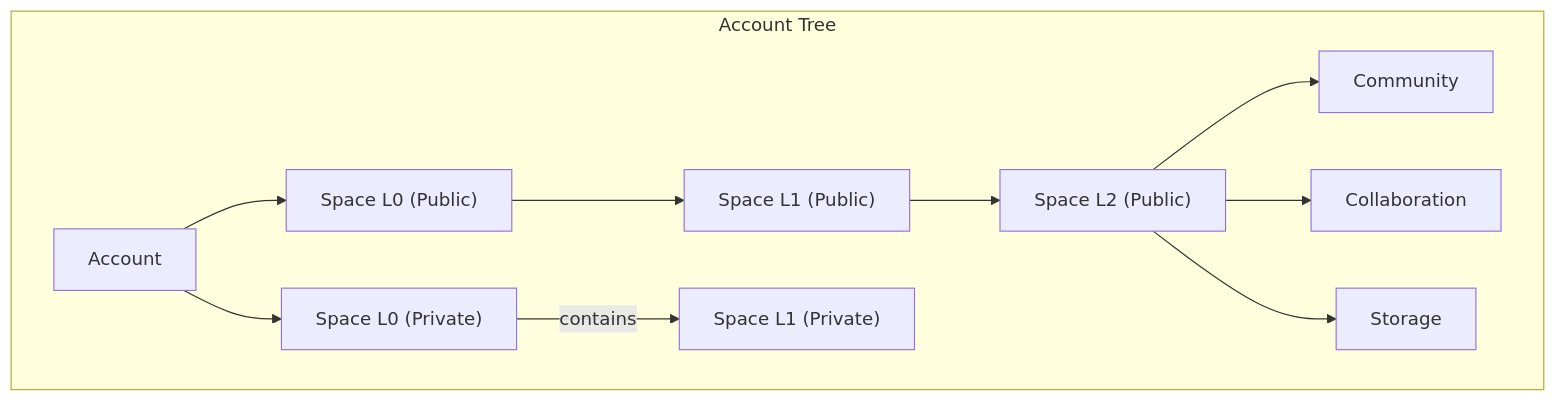
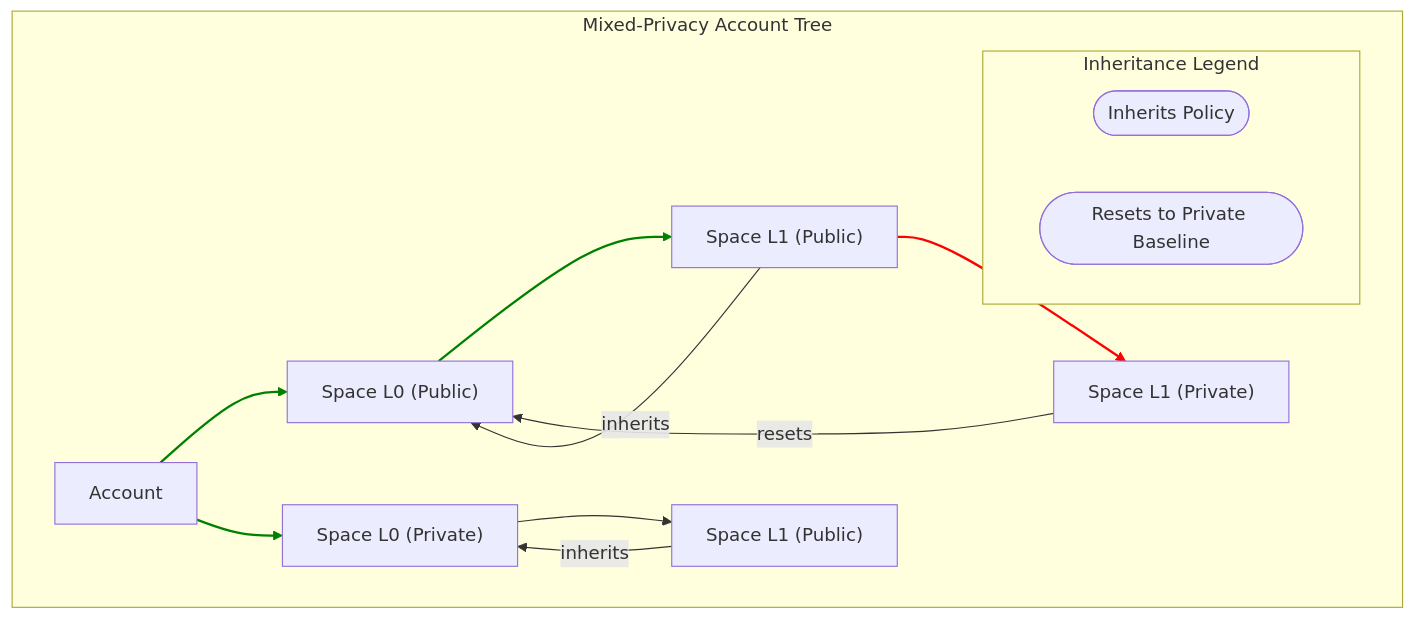
One commit to alkem-io/server changed the fifth of 6 diagrams in docs/credential-based-authorization.md. Above: the diagram before and after it, drawn with Mermaid. The commit also changed other lines of this file, not shown here.

Commit message:
Explains mixed-privacy space inheritance.
Clarifies the nuanced inheritance logic in scenarios
where public and private spaces are nested.

Illustrates inheritance flows with a Mermaid diagram
to explain public subspaces in private spaces and vice versa.

````diff
--- a/docs/credential-based-authorization.md
+++ b/docs/credential-based-authorization.md
@@ -176,15 +190,27 @@
 ```mermaid
 graph TD
-    subgraph "Account Tree"
+    subgraph "Mixed-Privacy Account Tree"
         Account --> SL0P["Space L0 (Public)"];
         SL0P --> SL1P["Space L1 (Public)"];
-        SL1P --> SL2P["Space L2 (Public)"];
+        SL1P --> SL1Pr["Space L1 (Private)"];
 
-        Account --> SL0Pr["Space L0 (Private)"];
-        SL0Pr -- "contains" --> SL1Pr["Space L1 (Private)"];
+        Account --> SL0PrA["Space L0 (Private)"];
+        SL0PrA --> SL1PA["Space L1 (Public)"];
 
-        SL2P --> Community;
-        SL2P --> Collaboration;
-        SL2P --> Storage;
+        subgraph "Inheritance Legend"
+            direction LR
+            Inherits([Inherits Policy])
+            Resets([Resets to Private Baseline])
+        end
+
+        linkStyle 0 stroke:green,stroke-width:2px;
+        linkStyle 1 stroke:green,stroke-width:2px;
+        linkStyle 3 stroke:green,stroke-width:2px;
+
+        linkStyle 2 stroke:red,stroke-width:2px;
+
+        SL1P -- "inherits" --> SL0P;
+        SL1Pr -- "resets" --> SL0P;
+        SL1PA -- "inherits" --> SL0PrA;
     end
 ```
````
